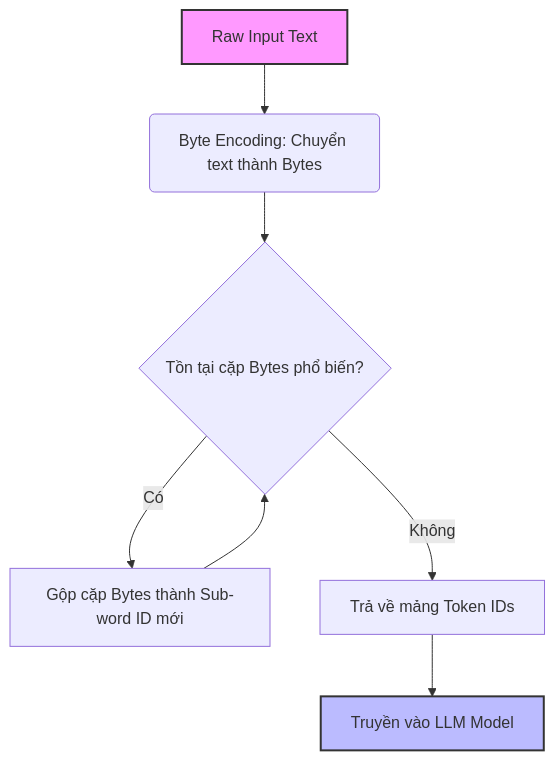
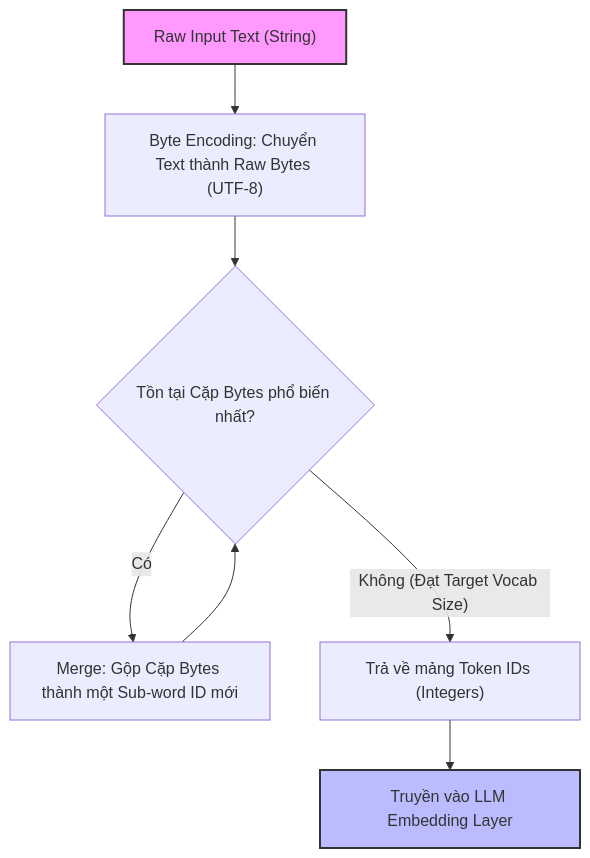
The diagram in src/content/docs/concepts/9-genai-machine-learning/token.md (kythuatdulieu/kythuatdulieu.github.io), drawn with Mermaid before and after one commit. The commit also changed other lines of this file and 228 other files, not shown here.

Commit message:
Fix syntax and rewrite 200+ concepts docs to deep-dive system architecture and add GA4 tracking to quiz app

````diff
--- a/src/content/docs/concepts/9-genai-machine-learning/token.md
+++ b/src/content/docs/concepts/9-genai-machine-learning/token.md
@@ -27,12 +30,12 @@
 ```mermaid
 graph TD
-    A["Raw Input Text"] --> B("Byte Encoding: Chuyển text thành Bytes")
-    B --> C{Tồn tại cặp Bytes phổ biến?}
-    C -- Có --> D["Gộp cặp Bytes thành Sub-word ID mới"]
+    A["Raw Input Text (String)"] --> B["Byte Encoding: Chuyển Text thành Raw Bytes (UTF-8)"]
+    B --> C{"Tồn tại Cặp Bytes phổ biến nhất?"}
+    C -- Có --> D["Merge: Gộp Cặp Bytes thành một Sub-word ID mới"]
     D --> C
-    C -- Không --> E["Trả về mảng Token IDs"]
-    E --> F["Truyền vào LLM Model"]
+    C -- Không (Đạt Target Vocab Size) --> E["Trả về mảng Token IDs (Integers)"]
+    E --> F["Truyền vào LLM Embedding Layer"]
     
     style A fill:#f9f,stroke:#333,stroke-width:2px
     style F fill:#bbf,stroke:#333,stroke-width:2px
 ```
````
